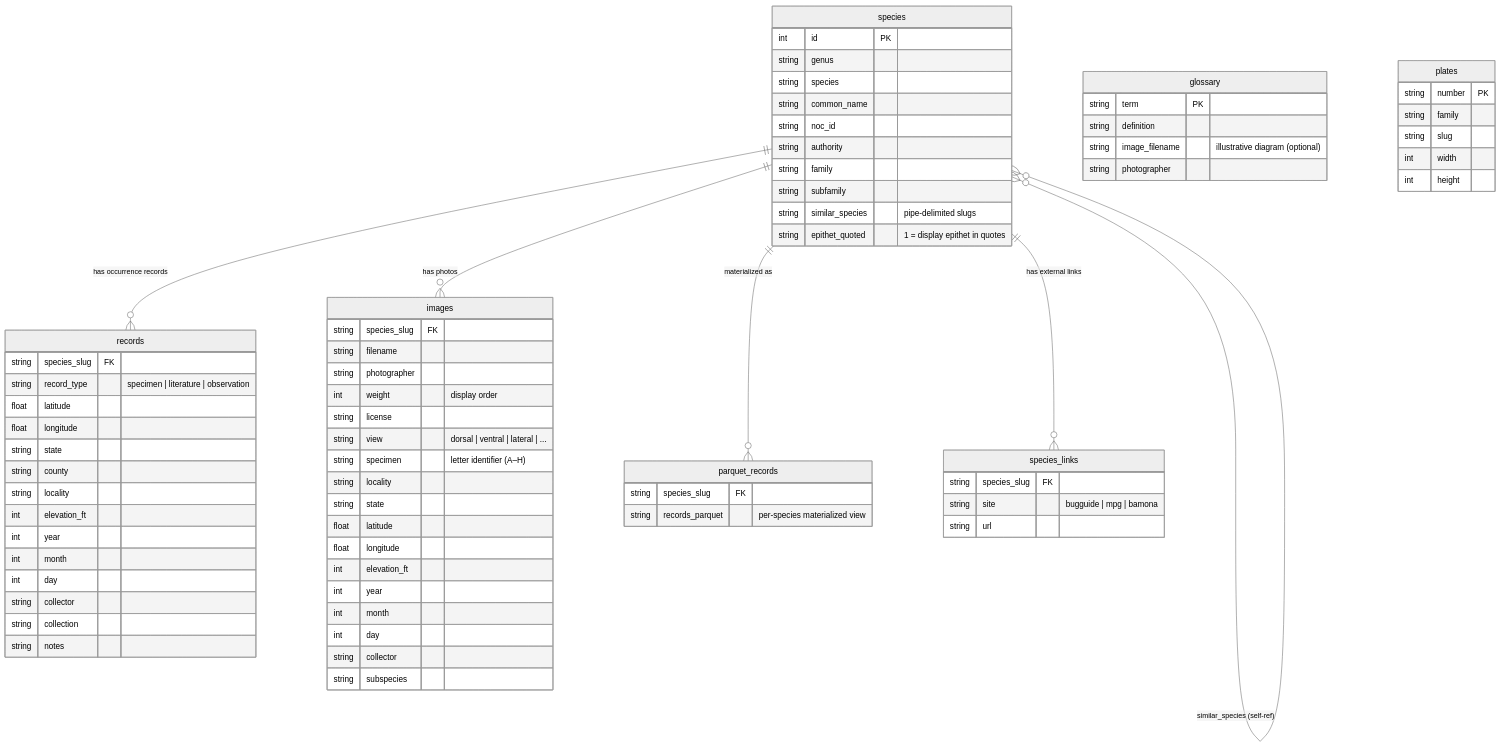
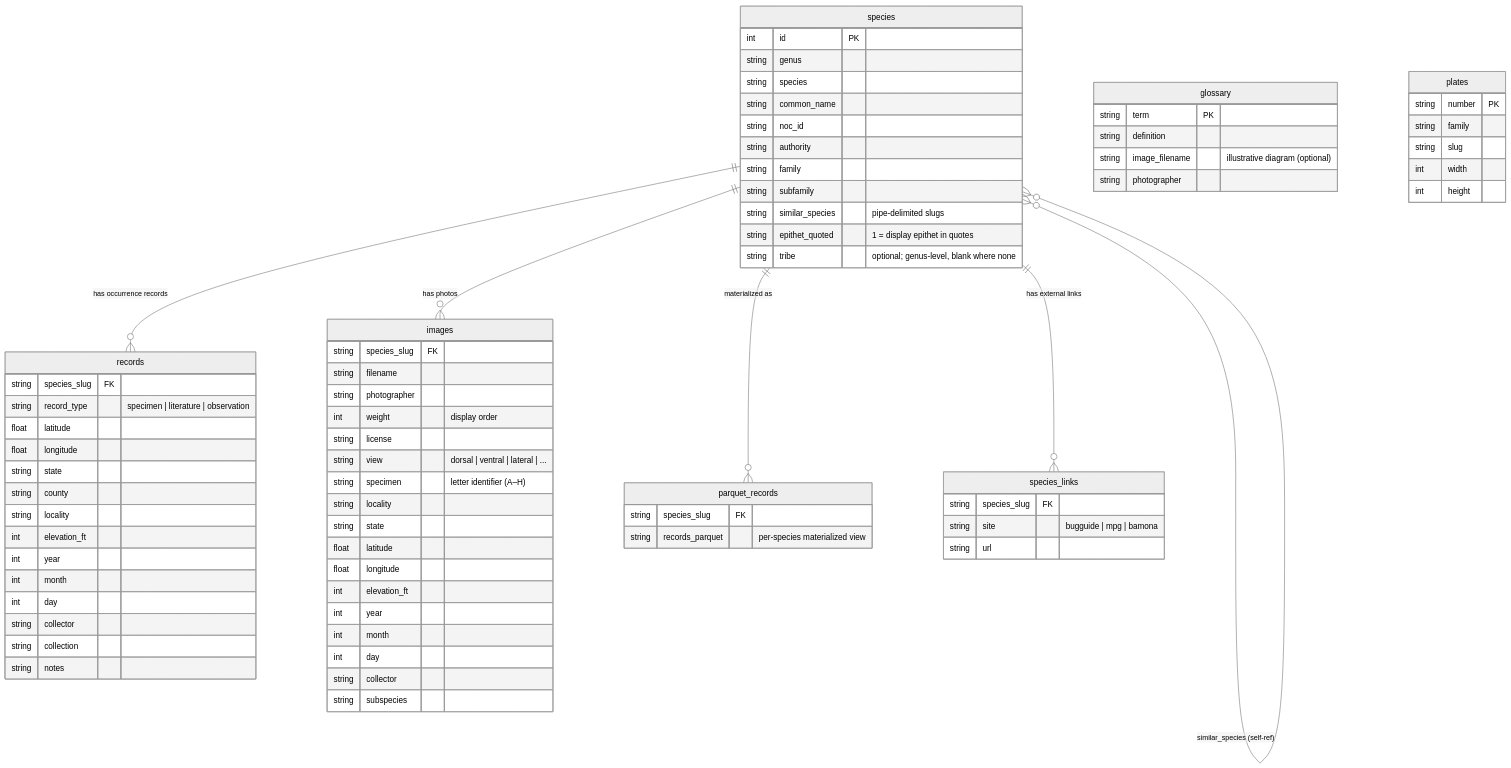
One commit to pnwinsects/pnwmoths changed the diagram in data/README.md. Above: the diagram before and after it, drawn with Mermaid (neutral theme). The commit also changed other lines of this file and 19 other files, not shown here.

First line of the commit message:
feat(taxonomy): add tribe as a conditional hierarchy level (#103)

```diff
--- a/data/README.md
+++ b/data/README.md
@@ -17,6 +17,7 @@
         string  subfamily
         string  similar_species   "pipe-delimited slugs"
         string  epithet_quoted    "1 = display epithet in quotes"
+        string  tribe             "optional; genus-level, blank where none"
     }
 
     records {
```
